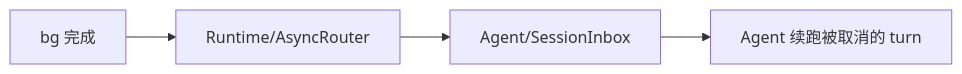
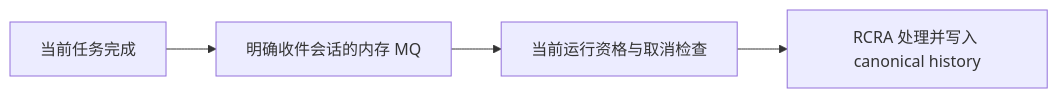
Before and after one commit to KonghaYao/peri: the fourth of 4 diagrams in docs/design/architecture.md, drawn with Mermaid. The commit also changed other lines of this file and 825 other files, not shown here.

````diff
--- a/docs/design/architecture.md
+++ b/docs/design/architecture.md
@@ -184,6 +210,6 @@
 ```mermaid
 flowchart LR
-    Bg[bg 完成] --> R[Runtime/AsyncRouter]
-    R --> I[Agent/SessionInbox]
-    I --> A[Agent 续跑被取消的 turn]
+    Bg[当前任务完成] --> I[明确收件会话的内存 MQ]
+    I --> P[当前运行资格与取消检查]
+    P --> A[RCRA 处理并写入 canonical history]
 ```
````
